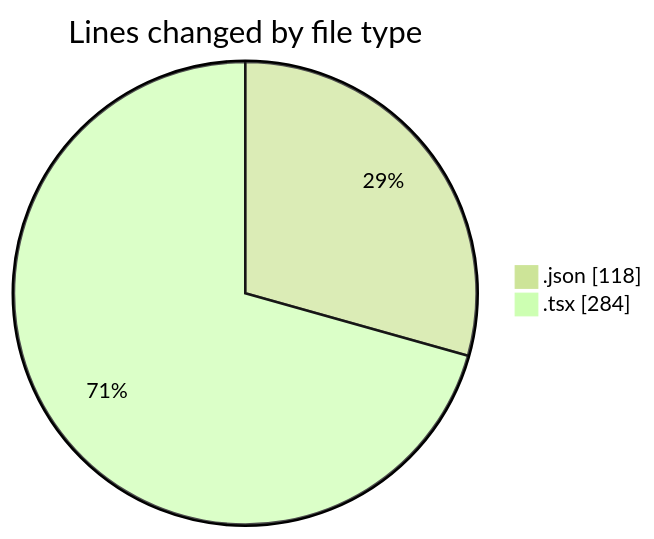
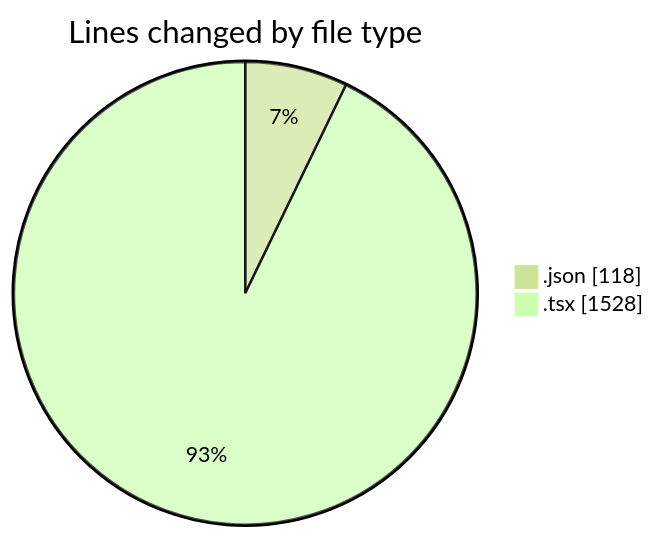
Before and after one commit to momahboobian/code-tracking: the first of 2 diagrams in 2025-11-19/cda/README.md, drawn with Mermaid (forest theme). The commit also changed other lines of this file and 1 other file, not shown here.

````diff
--- a/2025-11-19/cda/README.md
+++ b/2025-11-19/cda/README.md
@@ -21,6 +21,6 @@
 ```mermaid
 pie showData
 title Lines changed by file type
 ".json" : 118
-".tsx" : 284
+".tsx" : 1528
 ```
````
